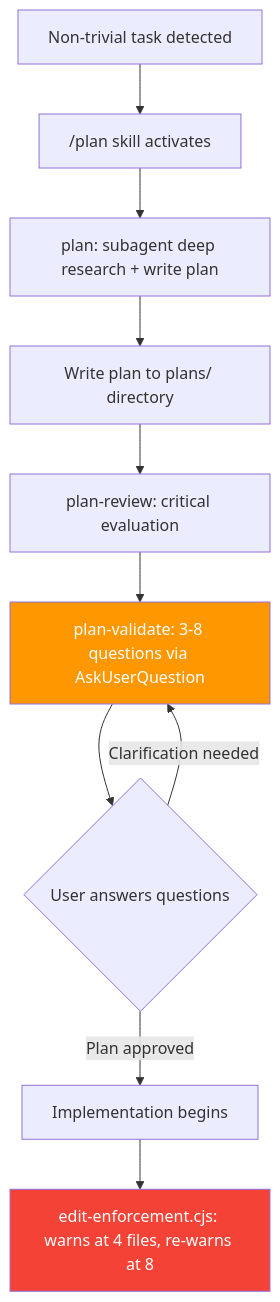
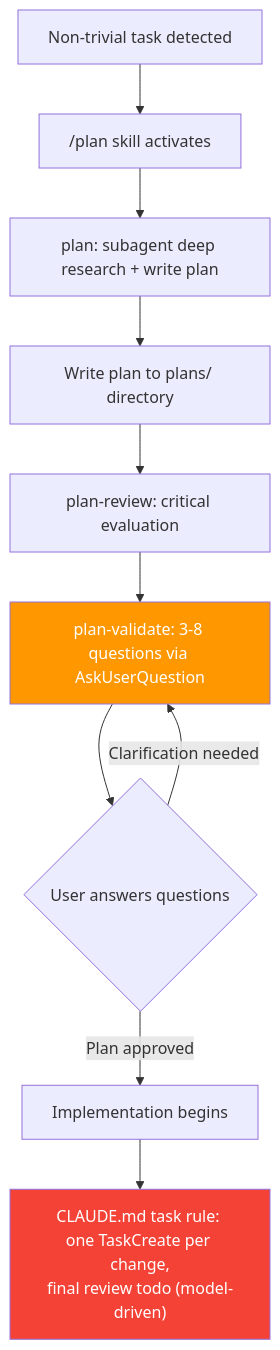
Before and after one commit to duc01226/EasyPlatform: diagram 11 of 20 in .claude/docs/claude-ai-agent-framework-guide.md, drawn with Mermaid. The commit also changed other lines of this file and 1280 other files, not shown here.

````diff
--- a/.claude/docs/claude-ai-agent-framework-guide.md
+++ b/.claude/docs/claude-ai-agent-framework-guide.md
@@ -1140,18 +1096,18 @@
 ```mermaid
 flowchart TB
     A["Non-trivial task detected"] --> B["/plan skill activates"]
     B --> C["plan: subagent deep research + write plan"]
 
     C --> F["Write plan to plans/ directory"]
     F --> G["plan-review: critical evaluation"]
     G --> H["plan-validate: 3-8 questions via AskUserQuestion"]
 
     H --> I{"User answers questions"}
     I -->|"Clarification needed"| H
     I -->|"Plan approved"| J["Implementation begins"]
 
-    J --> K["edit-enforcement.cjs: warns at 4 files, re-warns at 8"]
+    J --> K["CLAUDE.md task rule: one TaskCreate per change,<br/>final review todo (model-driven)"]
 
     style H fill:#FF9800,color:white
     style K fill:#f44336,color:white
 ```
````
